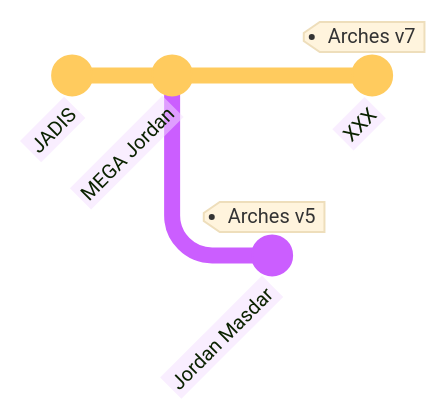
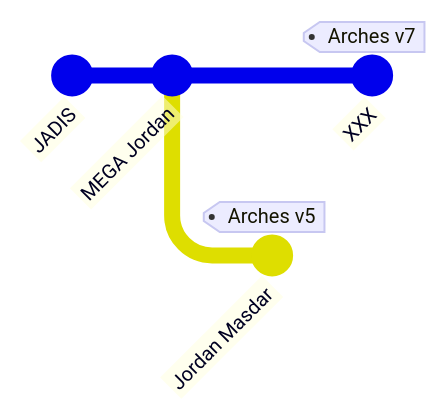
The second of 3 diagrams in dev/README.md (eamena-project/eamena-arches-dev), drawn with Mermaid before and after one commit.

````diff
--- a/dev/README.md
+++ b/dev/README.md
@@ -22,10 +22,10 @@
 ```mermaid
-%%{init: { 'logLevel': 'debug', 'theme': 'base', 'gitGraph': {'showBranches': false}} }%%
+%%{init: { 'logLevel': 'debug', 'gitGraph': {'showBranches': false}} }%%
 gitGraph
        commit id: "JADIS"
        commit id: "MEGA Jordan"
        branch "Arches v5"
        commit id: "Jordan Masdar" tag: "Arches v5"
        checkout main
        commit id: "XXX" tag: "Arches v7"
 ```
````
